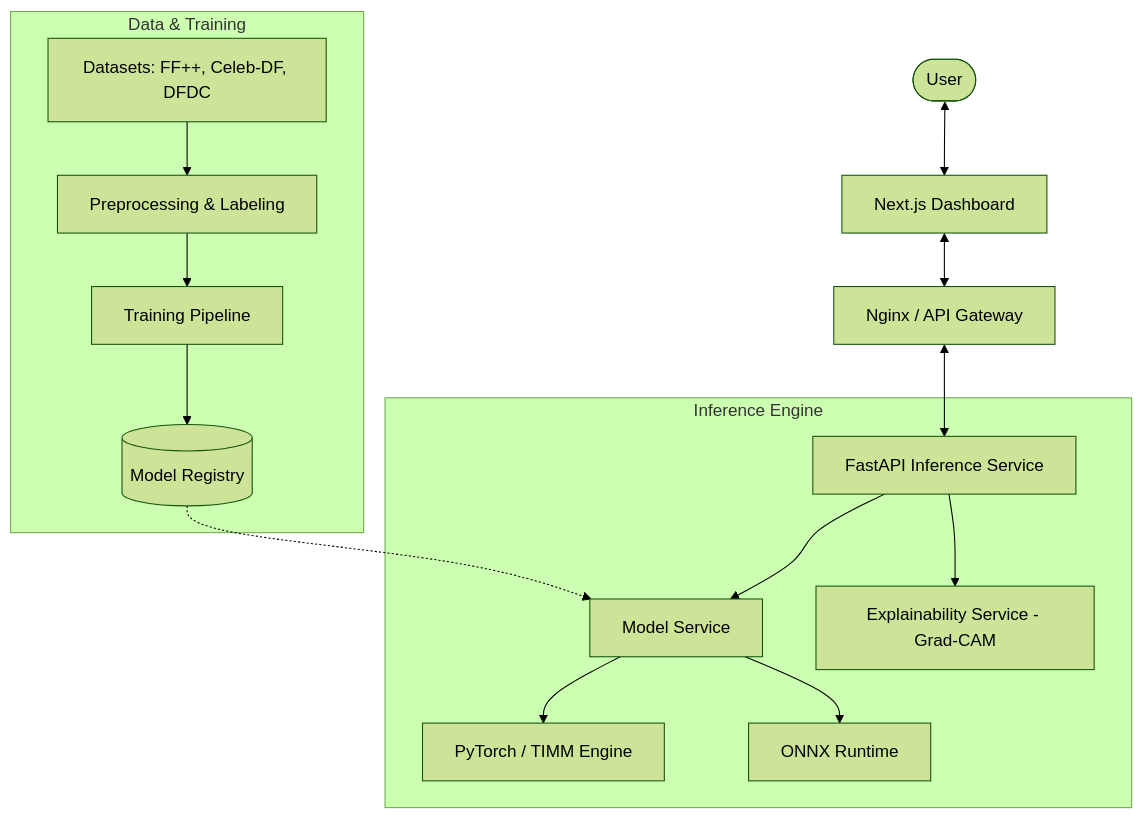
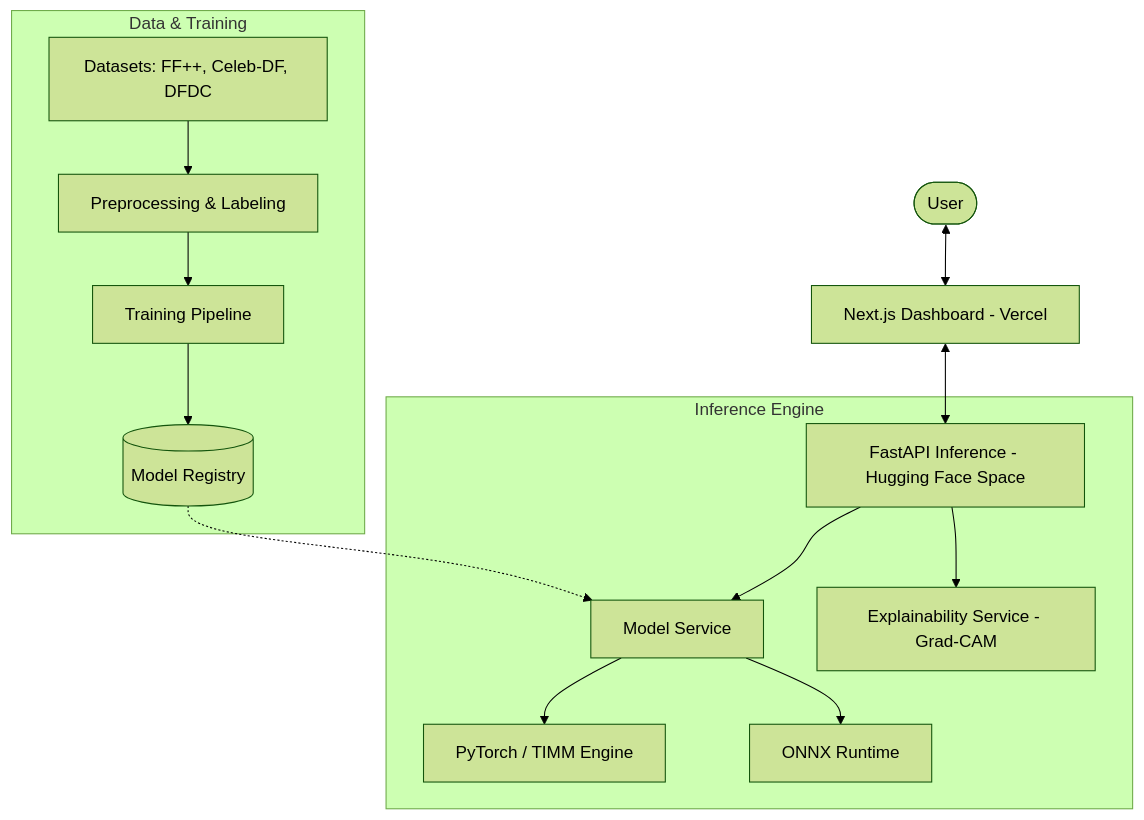
Before and after one commit to MrWhiiteHat/fgyjhjk: the diagram in README.md, drawn with Mermaid (forest theme). The commit also changed other lines of this file, not shown here.

Commit message:
docs: update deployment architecture to HF Spaces and Vercel

````diff
--- a/README.md
+++ b/README.md
@@ -27,21 +27,20 @@
 ```mermaid
 graph TD
-    User([User]) <--> Frontend[Next.js Dashboard]
-    Frontend <--> Gateway[Nginx / API Gateway]
-    Gateway <--> Backend[FastAPI Inference Service]
+    User([User]) <--> Frontend[Next.js Dashboard - Vercel]
+    Frontend <--> Backend[FastAPI Inference - Hugging Face Space]
     
     subgraph "Inference Engine"
         Backend --> ModelService[Model Service]
         ModelService --> Torch[PyTorch / TIMM Engine]
         ModelService --> ONNX[ONNX Runtime]
         Backend --> Explain[Explainability Service - Grad-CAM]
     end
     
     subgraph "Data & Training"
         Data[Datasets: FF++, Celeb-DF, DFDC] --> Pre[Preprocessing & Labeling]
         Pre --> Train[Training Pipeline]
         Train --> Artifacts[(Model Registry)]
     end
     
     Artifacts -.-> ModelService
 ```
````
